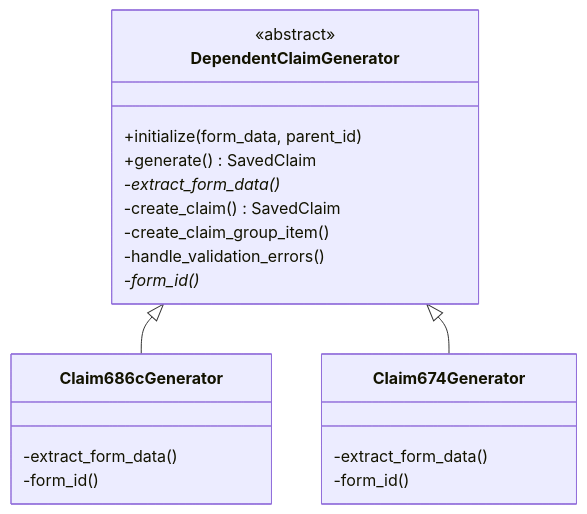
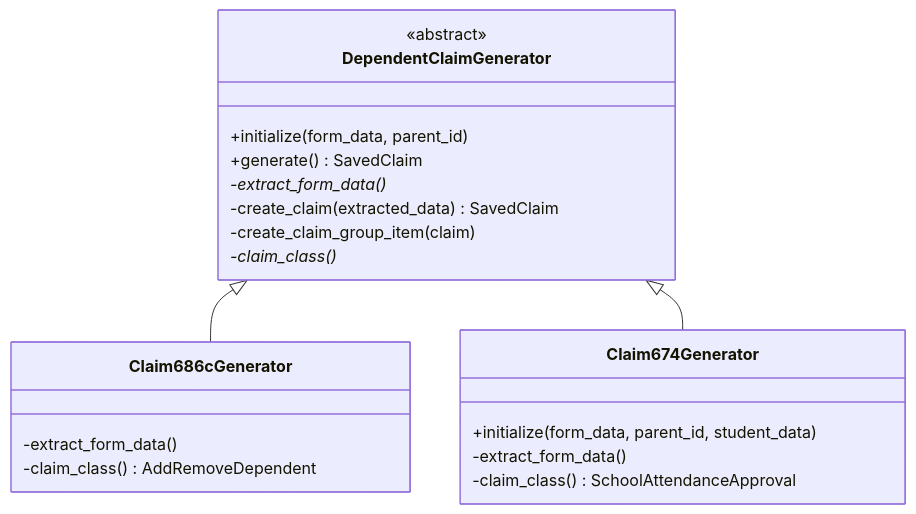
One commit to department-of-veterans-affairs/vets-api changed the second of 4 diagrams in modules/dependents_benefits/documentation/data_flow_diagrams/class_diagrams.md. Above: the diagram before and after it, drawn with Mermaid. The commit also changed other lines of this file and 5 other files, not shown here.

````diff
--- a/modules/dependents_benefits/documentation/data_flow_diagrams/class_diagrams.md
+++ b/modules/dependents_benefits/documentation/data_flow_diagrams/class_diagrams.md
@@ -16,26 +22,26 @@
 ```mermaid
 classDiagram
     class DependentClaimGenerator {
         <<abstract>>
         +initialize(form_data, parent_id)
         +generate() SavedClaim
         -extract_form_data()*
-        -create_claim() SavedClaim
-        -create_claim_group_item()
-        -handle_validation_errors()
-        -form_id()*
+        -create_claim(extracted_data) SavedClaim
+        -create_claim_group_item(claim)
+        -claim_class()*
     }
 
     class Claim686cGenerator {
         -extract_form_data()
-        -form_id()
+        -claim_class() AddRemoveDependent
     }
 
     class Claim674Generator {
+        +initialize(form_data, parent_id, student_data)
         -extract_form_data()
-        -form_id()
+        -claim_class() SchoolAttendanceApproval
     }
 
     DependentClaimGenerator <|-- Claim686cGenerator
     DependentClaimGenerator <|-- Claim674Generator
 ```
````
